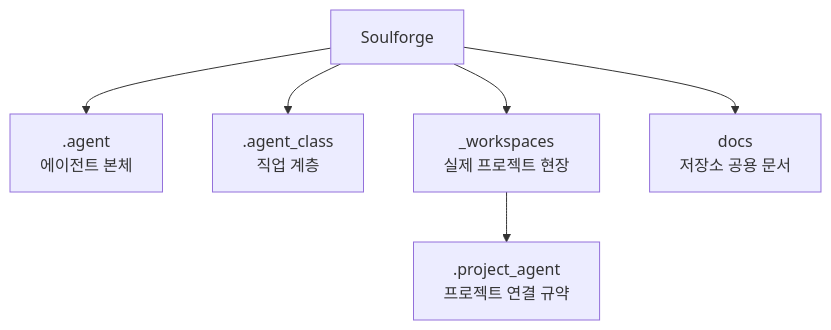
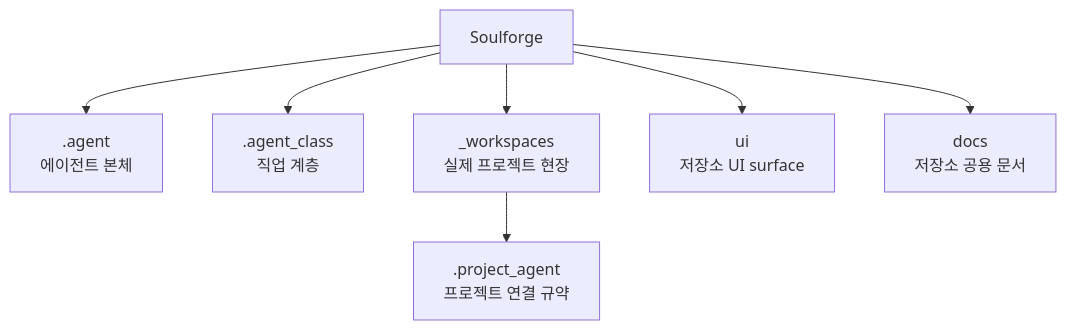
One commit to SungYongMOON/soulforge changed the diagram in README.md. Above: the diagram before and after it, drawn with Mermaid. The commit also changed other lines of this file and 17 other files, not shown here.

````diff
--- a/README.md
+++ b/README.md
@@ -20,8 +20,9 @@
 ```mermaid
 flowchart TD
   S["Soulforge"] --> B[".agent<br/>에이전트 본체"]
   S --> C[".agent_class<br/>직업 계층"]
   S --> W["_workspaces<br/>실제 프로젝트 현장"]
+  S --> U["ui<br/>저장소 UI surface"]
   S --> D["docs<br/>저장소 공용 문서"]
   W --> P[".project_agent<br/>프로젝트 연결 규약"]
 ```
````
